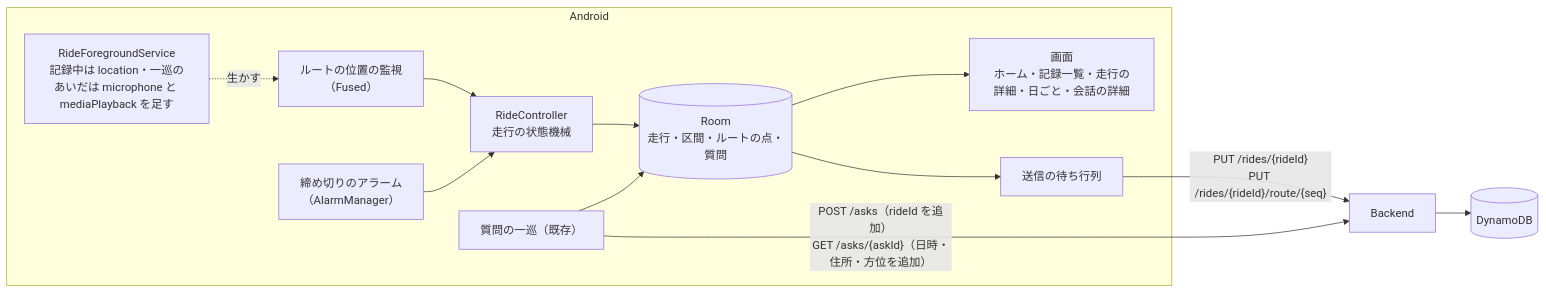
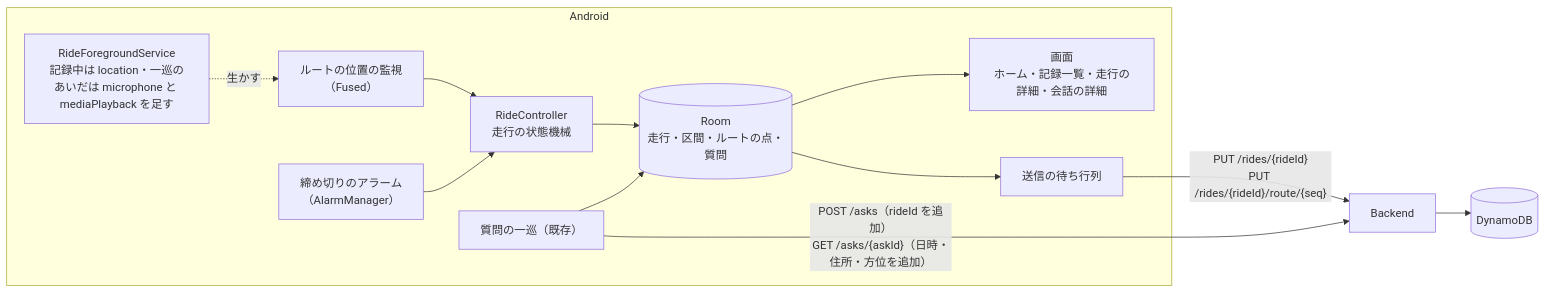
The diagram in docs/specs/2026-10-17-slice2-design.md (h-akira/TouringProjectV2), drawn with Mermaid before and after one commit. The commit also changed other lines of this file and 9 other files, not shown here.

````diff
--- a/docs/specs/2026-10-17-slice2-design.md
+++ b/docs/specs/2026-10-17-slice2-design.md
@@ -50,15 +50,15 @@
 ```mermaid
 flowchart LR
   subgraph Android
     SVC["RideForegroundService<br/>記録中は location・一巡のあいだは microphone と mediaPlayback を足す"] -.生かす.-> LOC["ルートの位置の監視<br/>（Fused）"]
     LOC --> RC["RideController<br/>走行の状態機械"]
     ALM["締め切りのアラーム<br/>（AlarmManager）"] --> RC
     RC --> DB[("Room<br/>走行・区間・ルートの点・質問")]
     ASK["質問の一巡（既存）"] --> DB
-    DB --> UI["画面<br/>ホーム・記録一覧・走行の詳細・日ごと・会話の詳細"]
+    DB --> UI["画面<br/>ホーム・記録一覧・走行の詳細・会話の詳細"]
     DB --> OUT["送信の待ち行列"]
   end
   OUT -->|"PUT /rides/{rideId}<br/>PUT /rides/{rideId}/route/{seq}"| BE["Backend"]
   ASK -->|"POST /asks（rideId を追加）<br/>GET /asks/{askId}（日時・住所・方位を追加）"| BE
   BE --> DDB[("DynamoDB")]
 ```
````
